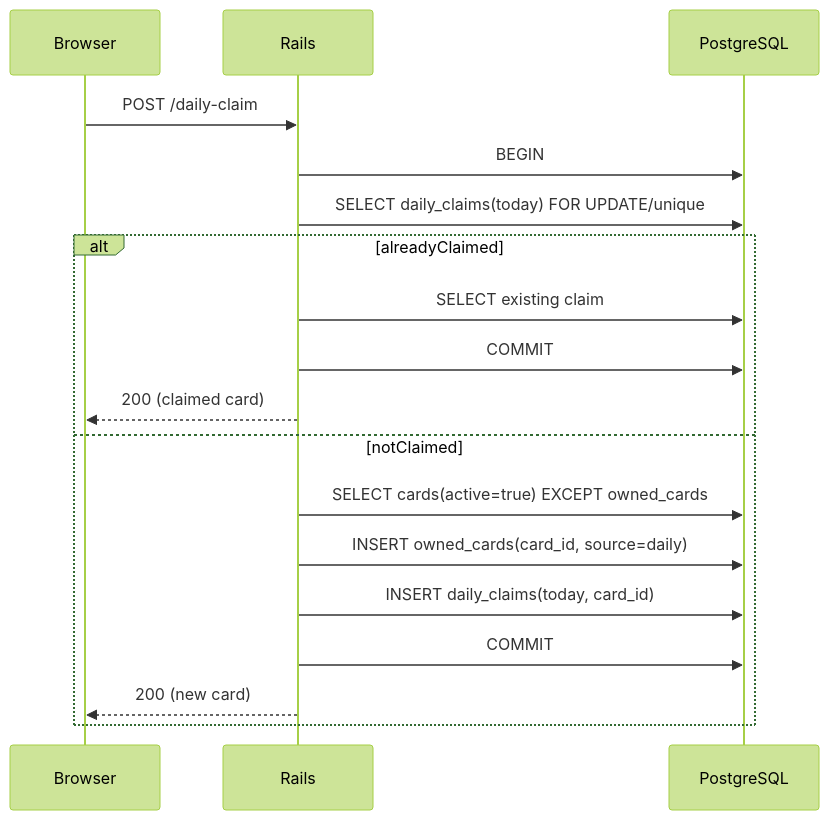
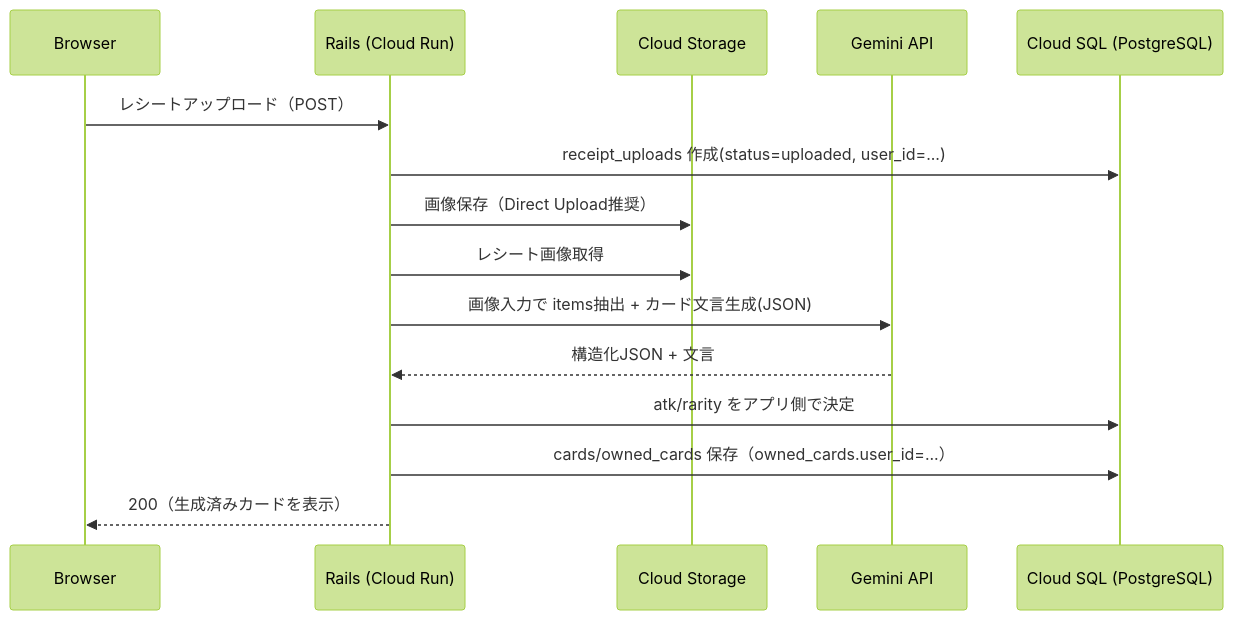
One commit to whitedoor/kami-treasure-battle changed the third of 5 diagrams in docs/architecture.md. Above: the diagram before and after it, drawn with Mermaid (forest theme). The commit also changed other lines of this file and 24 other files, not shown here.

````diff
--- a/docs/architecture.md
+++ b/docs/architecture.md
@@ -74,21 +76,18 @@
 ```mermaid
 sequenceDiagram
   participant Web as Browser
-  participant Rails as Rails
-  participant DB as PostgreSQL
+  participant Rails as Rails (Cloud Run)
+  participant GCS as Cloud Storage
+  participant GM as Gemini API
+  participant DB as Cloud SQL (PostgreSQL)
 
-  Web->>Rails: POST /daily-claim
-  Rails->>DB: BEGIN
-  Rails->>DB: SELECT daily_claims(today) FOR UPDATE/unique
-  alt alreadyClaimed
-    Rails->>DB: SELECT existing claim
-    Rails->>DB: COMMIT
-    Rails-->>Web: 200 (claimed card)
-  else notClaimed
-    Rails->>DB: SELECT cards(active=true) EXCEPT owned_cards
-    Rails->>DB: INSERT owned_cards(card_id, source=daily)
-    Rails->>DB: INSERT daily_claims(today, card_id)
-    Rails->>DB: COMMIT
-    Rails-->>Web: 200 (new card)
-  end
+  Web->>Rails: レシートアップロード（POST）
+  Rails->>DB: receipt_uploads 作成(status=uploaded, user_id=...)
+  Rails->>GCS: 画像保存（Direct Upload推奨）
+  Rails->>GCS: レシート画像取得
+  Rails->>GM: 画像入力で items抽出 + カード文言生成(JSON)
+  GM-->>Rails: 構造化JSON + 文言
+  Rails->>DB: atk/rarity をアプリ側で決定
+  Rails->>DB: cards/owned_cards 保存（owned_cards.user_id=...）
+  Rails-->>Web: 200（生成済みカードを表示）
 ```
````
